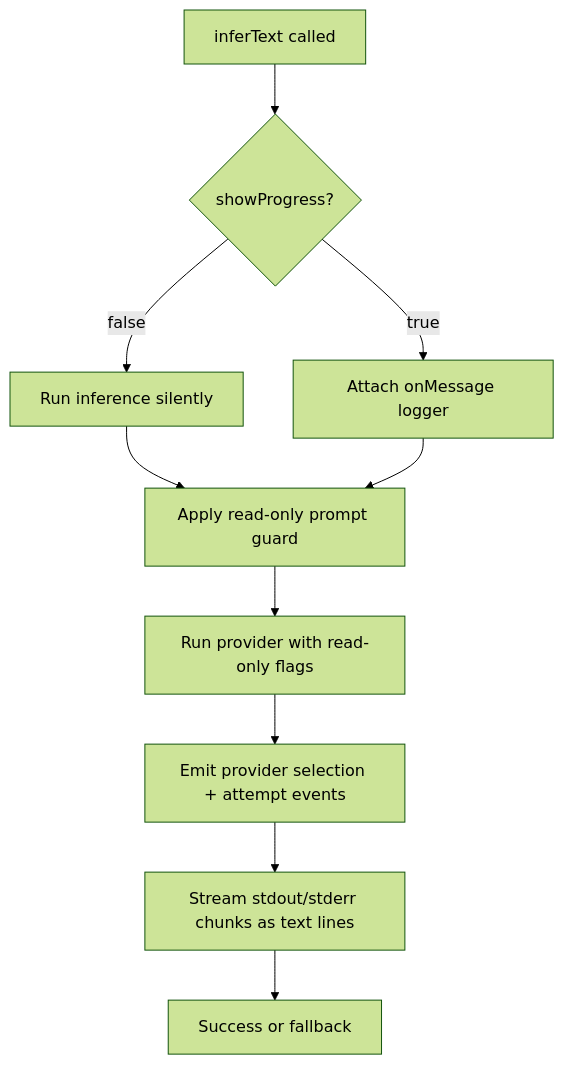
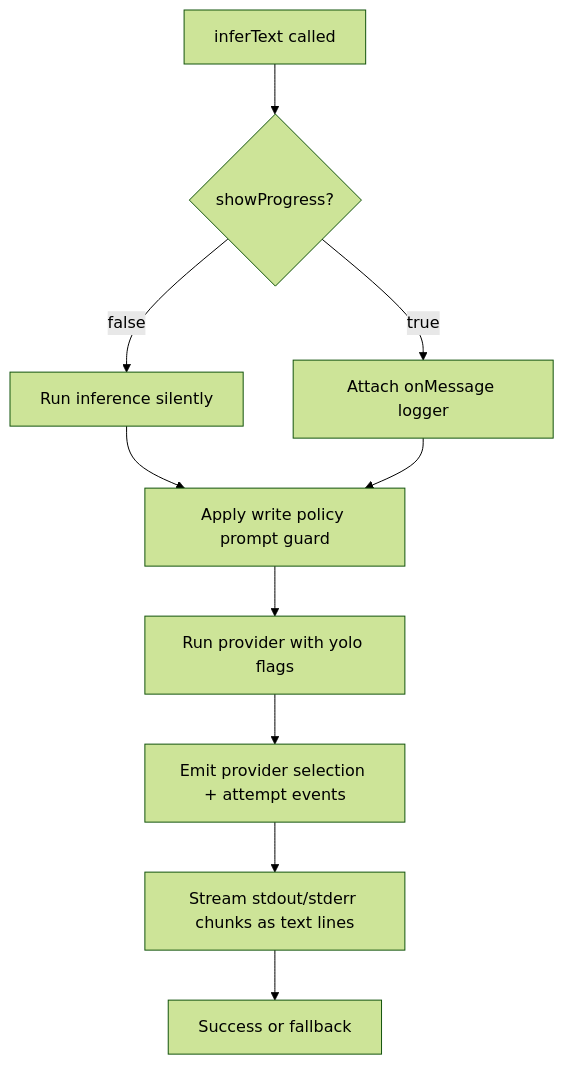
One commit to ex3ndr/holdmybeer changed the diagram in doc/inference-visibility.md. Above: the diagram before and after it, drawn with Mermaid (forest theme). The commit also changed other lines of this file and 20 other files, not shown here.

Commit message:
feat: bootstrap holdmybeer flow

````diff
--- a/doc/inference-visibility.md
+++ b/doc/inference-visibility.md
@@ -12,12 +12,12 @@
 ```mermaid
 flowchart TD
   A[inferText called] --> B{showProgress?}
   B -->|false| C[Run inference silently]
   B -->|true| D[Attach onMessage logger]
-  C --> E[Apply read-only prompt guard]
+  C --> E[Apply write policy prompt guard]
   D --> E
-  E --> F[Run provider with read-only flags]
+  E --> F[Run provider with yolo flags]
   F --> G[Emit provider selection + attempt events]
   G --> H[Stream stdout/stderr chunks as text lines]
   H --> I[Success or fallback]
 ```
````
